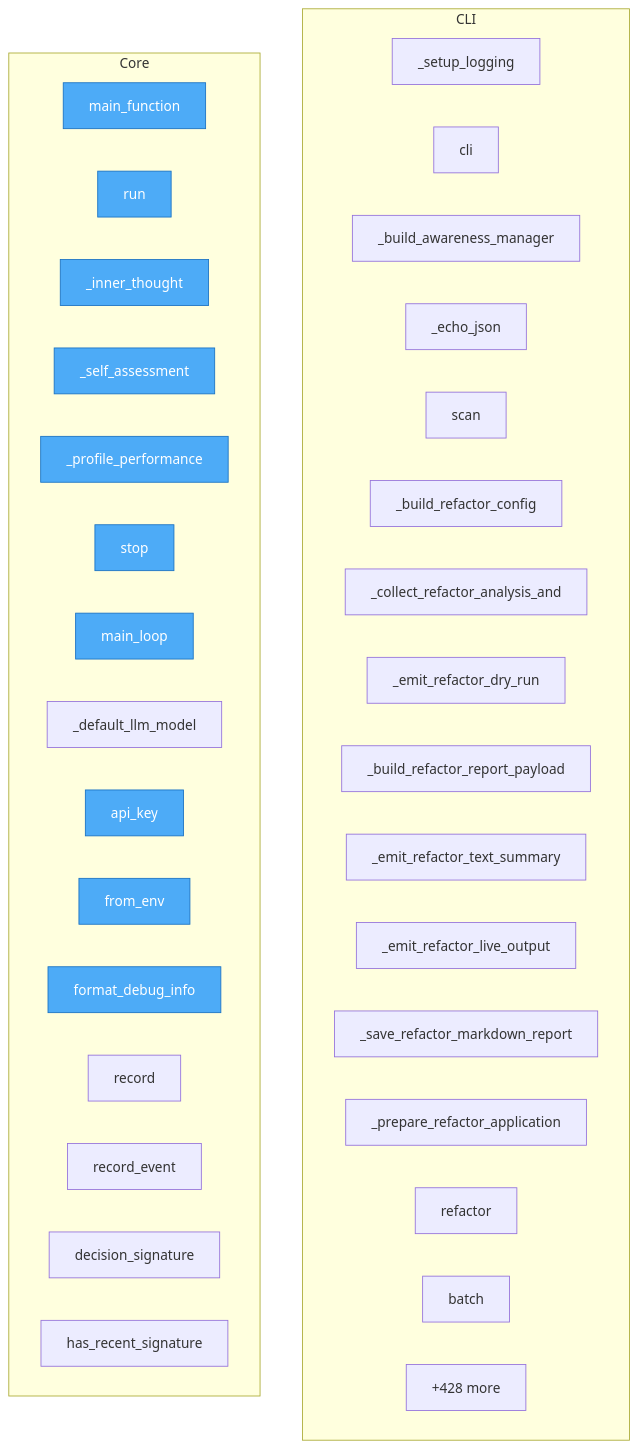
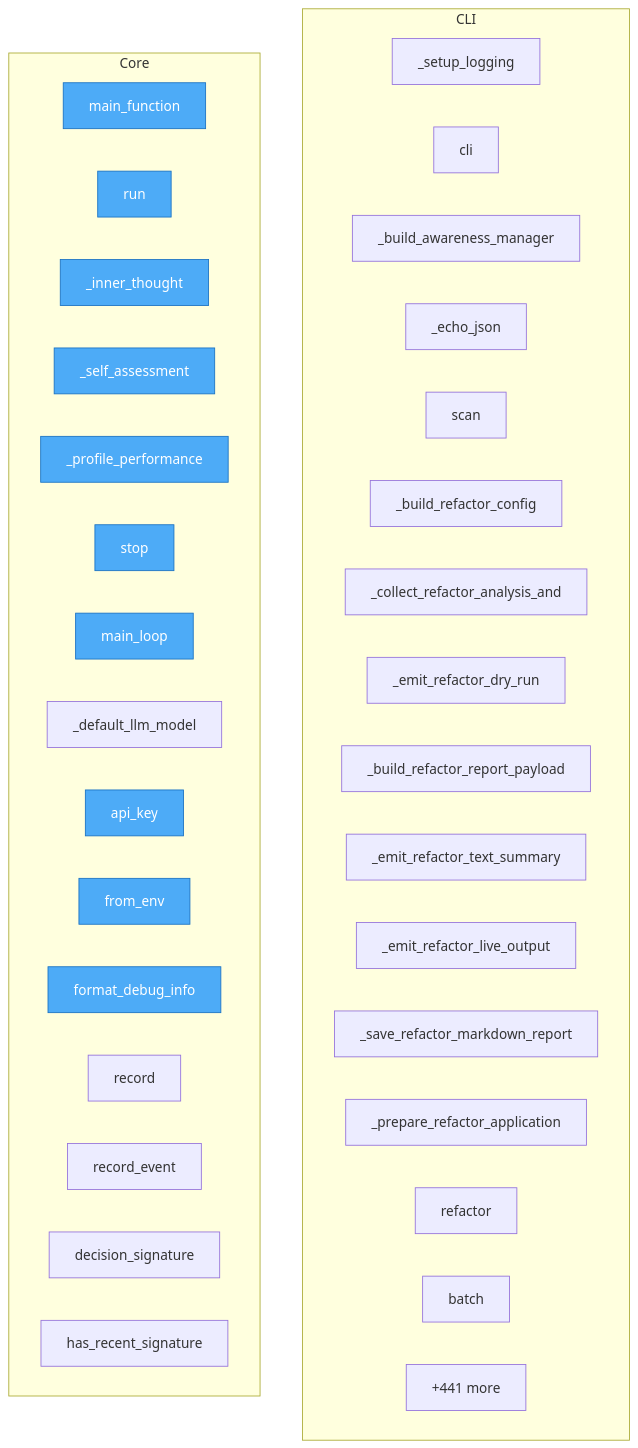
The diagram in project/flow.mmd (semcod/redsl), drawn with Mermaid before and after one commit. The commit also changed 69 other files, not shown here.

```diff
--- a/project/flow.mmd
+++ b/project/flow.mmd
@@ -1,44 +1,44 @@
 flowchart TD
 
     %% Entry points (blue)
     classDef entry fill:#4dabf7,stroke:#1971c2,color:#fff
 
     subgraph CLI
         redsl__cli___setup_logging["_setup_logging"]
         redsl__cli__cli["cli"]
         redsl__cli___build_awareness_manager["_build_awareness_manager"]
         redsl__cli___echo_json["_echo_json"]
         redsl__cli__scan["scan"]
         redsl__cli___build_refactor_config["_build_refactor_config"]
         redsl__cli___collect_refactor_analysis_and_decisions["_collect_refactor_analysis_and"]
         redsl__cli___emit_refactor_dry_run["_emit_refactor_dry_run"]
         redsl__cli___build_refactor_report_payload["_build_refactor_report_payload"]
         redsl__cli___emit_refactor_text_summary["_emit_refactor_text_summary"]
         redsl__cli___emit_refactor_live_output["_emit_refactor_live_output"]
         redsl__cli___save_refactor_markdown_report["_save_refactor_markdown_report"]
         redsl__cli___prepare_refactor_application["_prepare_refactor_application"]
         redsl__cli__refactor["refactor"]
         redsl__cli__batch["batch"]
         ...["+24 more"]
     end
 
     subgraph Core
         refactor_output__refactor_extract_functions_20260407_143102__00_app__models__main_function["main_function"]
         redsl__consciousness_loop__ConsciousnessLoop__run["run"]
         redsl__consciousness_loop__ConsciousnessLoop___inner_thought["_inner_thought"]
         redsl__consciousness_loop__ConsciousnessLoop___self_assessment["_self_assessment"]
         redsl__consciousness_loop__ConsciousnessLoop___profile_performance["_profile_performance"]
         redsl__consciousness_loop__ConsciousnessLoop__stop["stop"]
         redsl__consciousness_loop__main_loop["main_loop"]
         redsl__config___default_llm_model["_default_llm_model"]
         redsl__config__LLMConfig__api_key["api_key"]
         redsl__config__AgentConfig__from_env["from_env"]
         redsl__formatters__format_debug_info["format_debug_info"]
         redsl__history__HistoryWriter__record["record"]
         redsl__history__HistoryWriter__record_event["record_event"]
         redsl__history__HistoryWriter__decision_signature["decision_signature"]
         redsl__history__HistoryWriter__has_recent_signature["has_recent_signature"]
-        ...["+428 more"]
+        ...["+441 more"]
     end
 
     class refactor_output__refactor_extract_functions_20260407_143102__00_app__models__main_function,redsl__consciousness_loop__ConsciousnessLoop__run,redsl__consciousness_loop__ConsciousnessLoop___inner_thought,redsl__consciousness_loop__ConsciousnessLoop___self_assessment,redsl__consciousness_loop__ConsciousnessLoop___profile_performance,redsl__consciousness_loop__ConsciousnessLoop__stop,redsl__consciousness_loop__main_loop,redsl__config__LLMConfig__api_key,redsl__config__AgentConfig__from_env,redsl__formatters__format_debug_info entry
```
